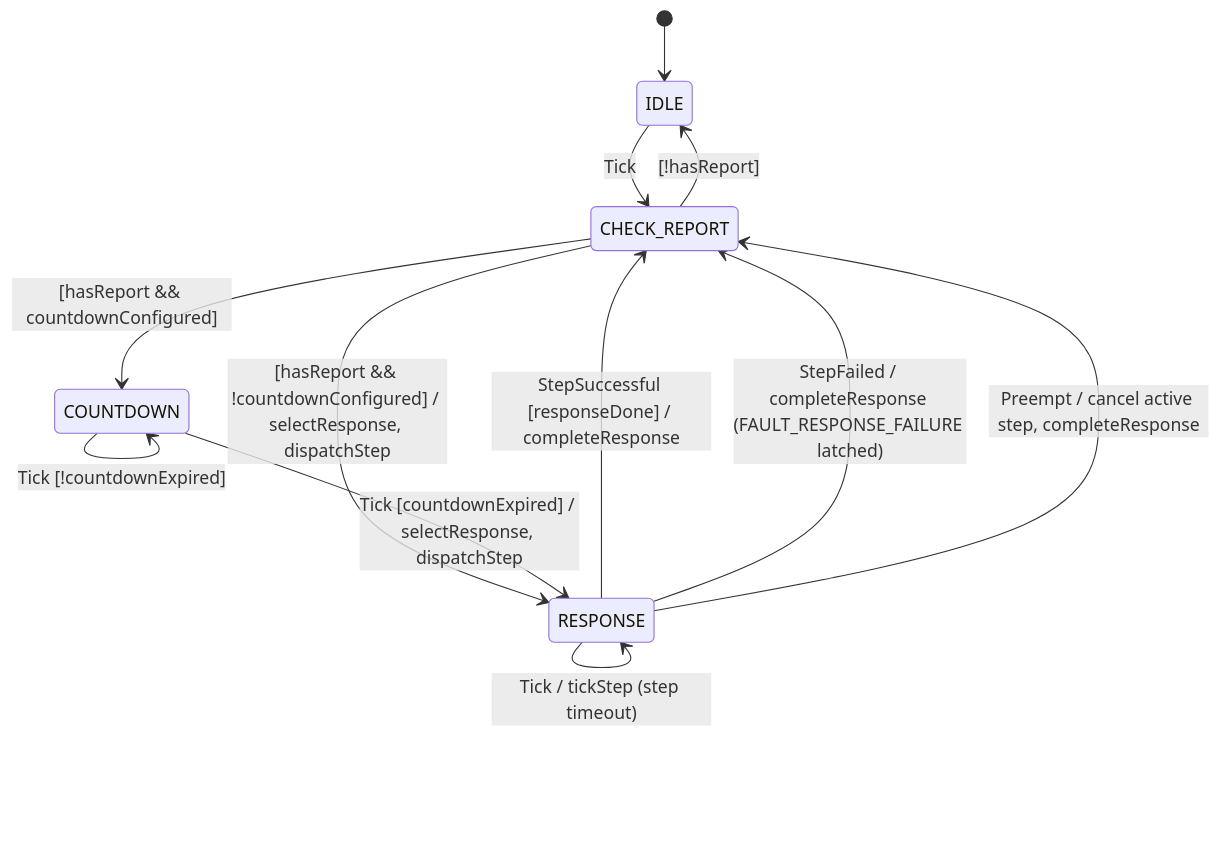
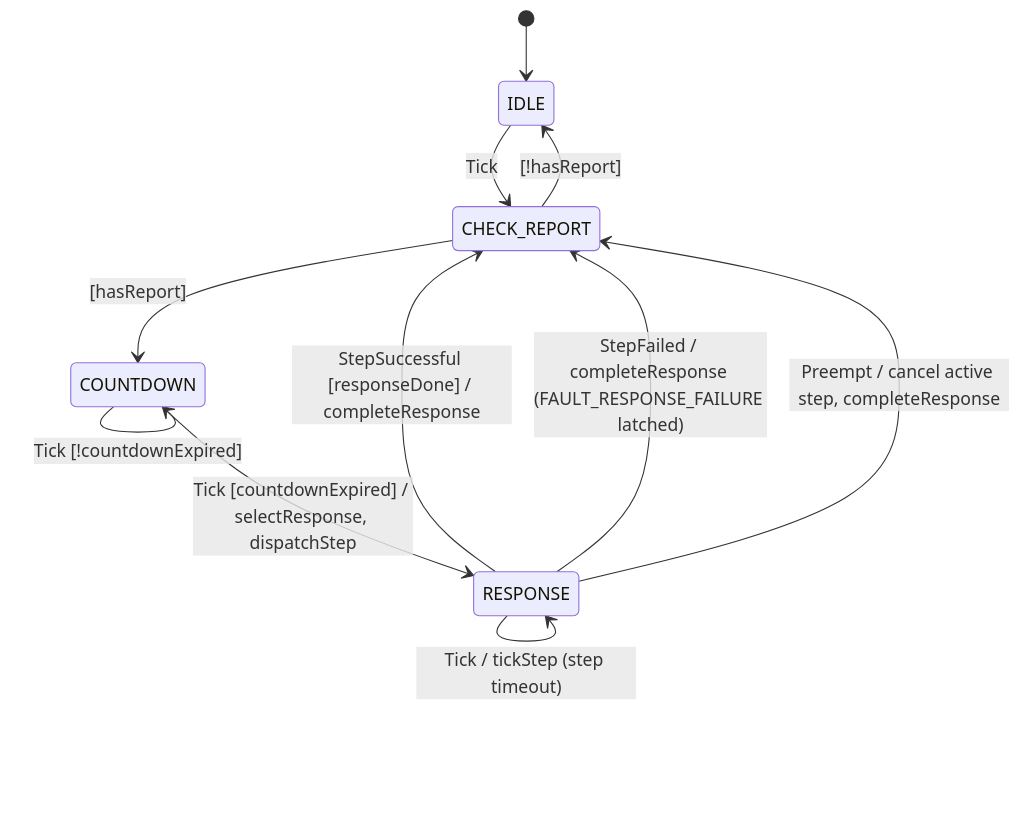
Before and after one commit to JPL-Devin/fprime: the diagram in Svc/FaultProtection/FaultManager/docs/sdd.md, drawn with Mermaid. The commit also changed 4 other files, not shown here.

````diff
--- a/Svc/FaultProtection/FaultManager/docs/sdd.md
+++ b/Svc/FaultProtection/FaultManager/docs/sdd.md
@@ -37,15 +37,14 @@
 ```mermaid
 stateDiagram-v2
     [*] --> IDLE
     IDLE --> CHECK_REPORT: Tick
+    CHECK_REPORT --> COUNTDOWN: [hasReport]
     CHECK_REPORT --> IDLE: [!hasReport]
-    CHECK_REPORT --> COUNTDOWN: [hasReport && countdownConfigured]
-    CHECK_REPORT --> RESPONSE: [hasReport && !countdownConfigured] / selectResponse, dispatchStep
     COUNTDOWN --> COUNTDOWN: Tick [!countdownExpired]
     COUNTDOWN --> RESPONSE: Tick [countdownExpired] / selectResponse, dispatchStep
     RESPONSE --> RESPONSE: StepSuccessful / StepDeferredFailure [!responseDone] / dispatchStep
     RESPONSE --> CHECK_REPORT: StepSuccessful [responseDone] / completeResponse
     RESPONSE --> CHECK_REPORT: StepFailed / completeResponse (FAULT_RESPONSE_FAILURE latched)
     RESPONSE --> CHECK_REPORT: Preempt / cancel active step, completeResponse
     RESPONSE --> RESPONSE: Tick / tickStep (step timeout)
 ```
````
